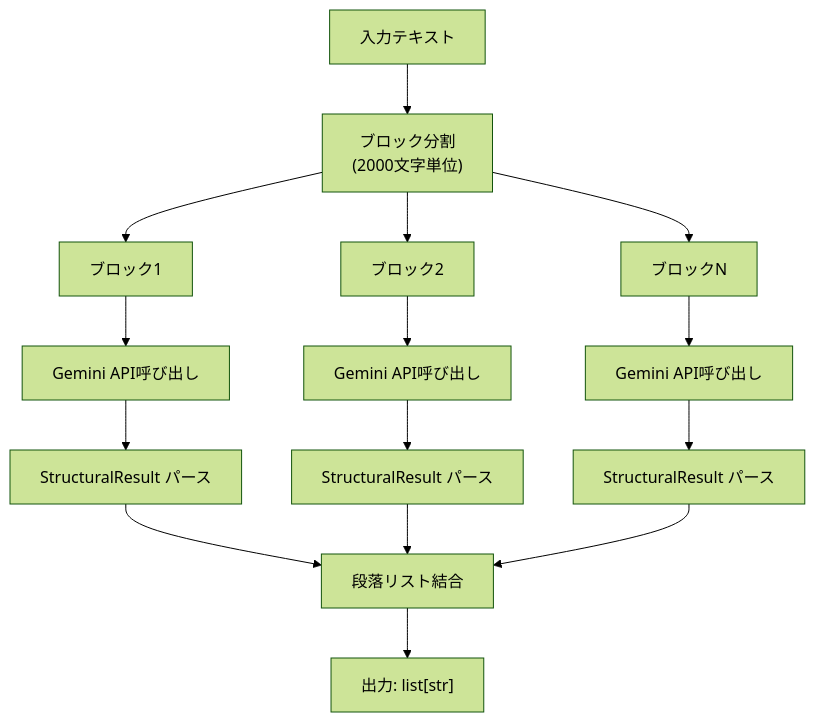
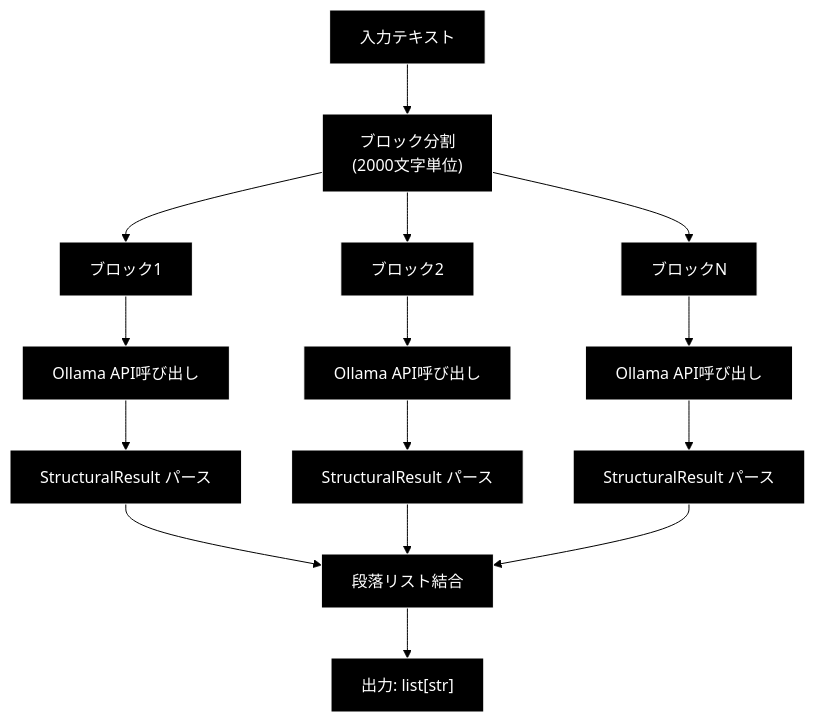
Before and after one commit to nakashima2toshio/ollama_grace_agent_v2: the third of 5 diagrams in chunking/doc/step1.md, drawn with Mermaid (forest theme). The commit also changed other lines of this file and 13 other files, not shown here.

First line of the commit message:
chunking: Ollama ネイティブ化（コード/コメント/ドキュメントの Gemini→Ollama 全面置換）

````diff
--- a/chunking/doc/step1.md
+++ b/chunking/doc/step1.md
@@ -171,21 +182,24 @@
 ```mermaid
 flowchart TB
     A["入力テキスト"] --> B["ブロック分割<br/>(2000文字単位)"]
     B --> C["ブロック1"]
     B --> D["ブロック2"]
     B --> E["ブロックN"]
 
-    C --> F["Gemini API呼び出し"]
-    D --> G["Gemini API呼び出し"]
-    E --> H["Gemini API呼び出し"]
+    C --> F["Ollama API呼び出し"]
+    D --> G["Ollama API呼び出し"]
+    E --> H["Ollama API呼び出し"]
 
     F --> I["StructuralResult パース"]
     G --> J["StructuralResult パース"]
     H --> K["StructuralResult パース"]
 
     I --> L["段落リスト結合"]
     J --> L
     K --> L
 
     L --> M["出力: list[str]"]
+classDef default fill:#000,stroke:#fff,color:#fff
+classDef subgraphStyle fill:#1a1a1a,stroke:#fff,color:#fff
+class A,B,C,D,E,F,G,H,I,J,K,L,M default
 ```
````
